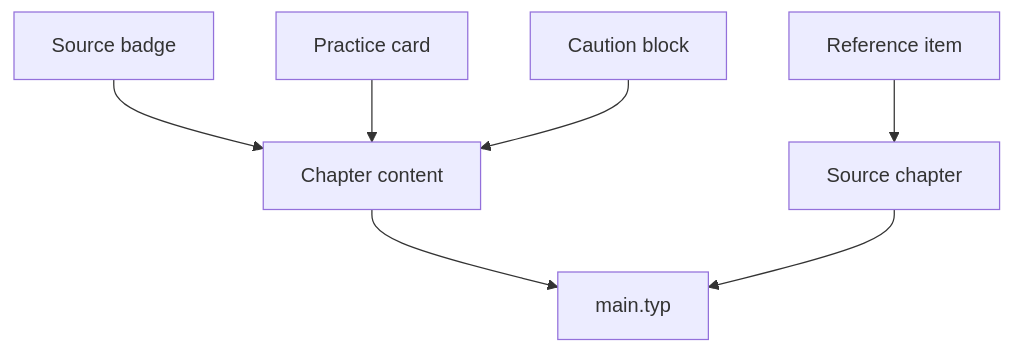
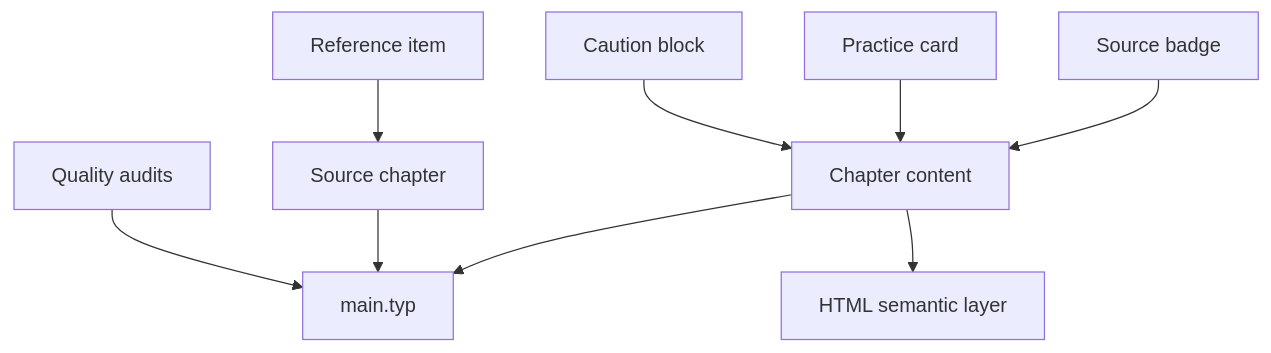
One commit to streamentry/streamentry changed the second of 3 diagrams in book/AGENTS.md. Above: the diagram before and after it, drawn with Mermaid. The commit also changed other lines of this file and 35 other files, not shown here.

````diff
--- a/book/AGENTS.md
+++ b/book/AGENTS.md
@@ -33,9 +37,11 @@
 ```mermaid
 flowchart TB
   B["Source badge"] --> H["Chapter content"]
   P["Practice card"] --> H
   W["Caution block"] --> H
   H --> M["main.typ"]
+  H --> E["HTML semantic layer"]
   R["Reference item"] --> S["Source chapter"]
   S --> M
+  A["Quality audits"] --> M
 ```
````
